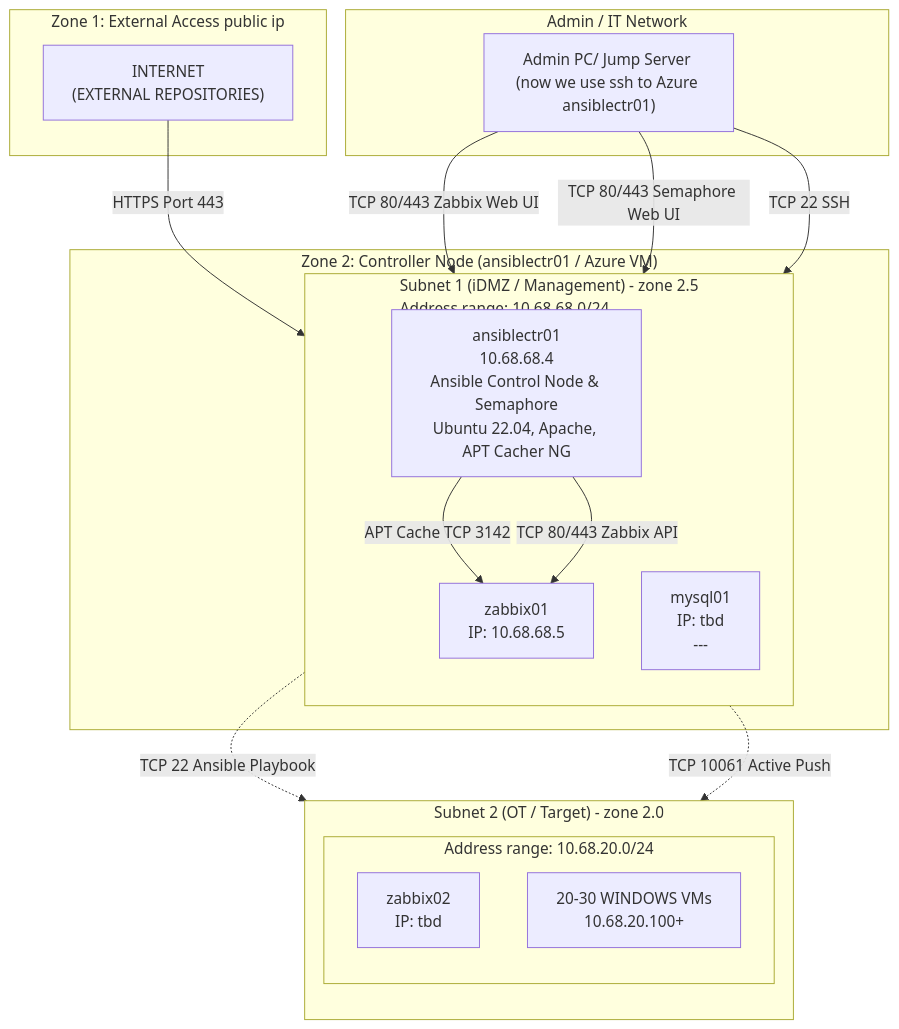
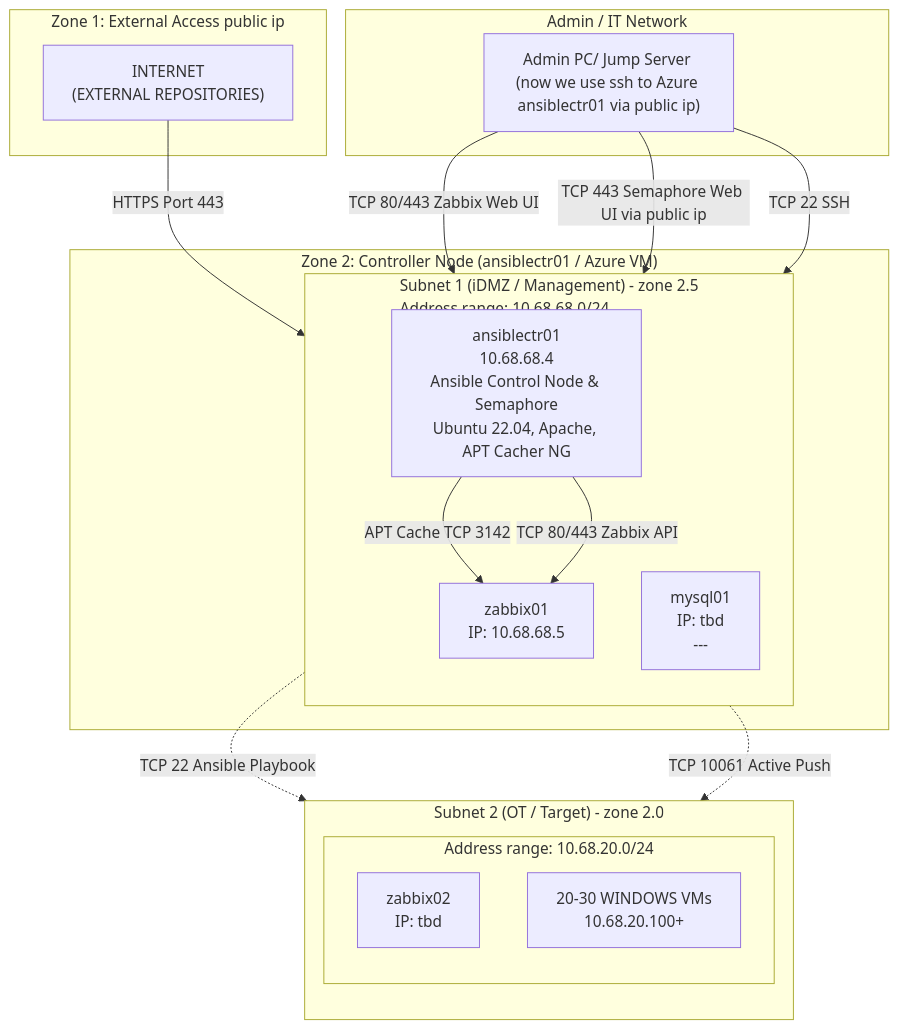
One commit to spawnmarvel/kvm-lab changed the diagram in run_research_2_azure_zabbix_stack_extra_with_windows_vms/readme.md. Above: the diagram before and after it, drawn with Mermaid.

Commit message:
start ansible

````diff
--- a/run_research_2_azure_zabbix_stack_extra_with_windows_vms/readme.md
+++ b/run_research_2_azure_zabbix_stack_extra_with_windows_vms/readme.md
@@ -926,39 +926,39 @@
 ```mermaid
 graph TD
     subgraph Zone1 ["Zone 1: External Access public ip"]
         Internet["INTERNET<br/>(EXTERNAL REPOSITORIES)"]
     end
 
     subgraph Zone2 ["Zone 2: Controller Node (ansiblectr01 / Azure VM)"]
         subgraph Subnet1 ["Subnet 1 (iDMZ / Management) - zone 2.5<br/>Address range: 10.68.68.0/24"]
             direction TB
             ansiblectr01["ansiblectr01<br/>10.68.68.4<br/>Ansible Control Node & Semaphore<br/>Ubuntu 22.04, Apache, APT Cacher NG"]
             zabbix01["zabbix01<br/>IP: 10.68.68.5"]
             mysql01["mysql01<br/>IP: tbd<br/>---"]
         end
     end
 
     subgraph Zone2OT ["Subnet 2 (OT / Target) - zone 2.0"]
         direction TB
         subgraph Subnet2 ["Address range: 10.68.20.0/24"]
             zabbix02["zabbix02<br/>IP: tbd"]
             winVMs["20-30 WINDOWS VMs<br/>10.68.20.100+"]
         end
     end
 
     subgraph AdminNet ["Admin / IT Network"]
-        AdminPC["Admin PC/ Jump Server (now we use ssh to Azure ansiblectr01)"]
+        AdminPC["Admin PC/ Jump Server (now we use ssh to Azure ansiblectr01 via public ip)"]
     end
 
     Internet -->|HTTPS Port 443| ansiblectr01
     AdminPC -->|TCP 80/443 Zabbix Web UI| zabbix01
-    AdminPC -->|TCP 80/443 Semaphore Web UI| ansiblectr01
+    AdminPC -->|TCP 443 Semaphore Web UI via public ip | ansiblectr01
     AdminPC -->|TCP 22 SSH| ansiblectr01
     
     ansiblectr01 -->|APT Cache TCP 3142| zabbix01
     ansiblectr01 -->|TCP 80/443 Zabbix API| zabbix01
     
     ansiblectr01 -.->|TCP 22 Ansible Playbook| zabbix02
     zabbix01 -.->|TCP 10061 Active Push| zabbix02
 
 ```
````
